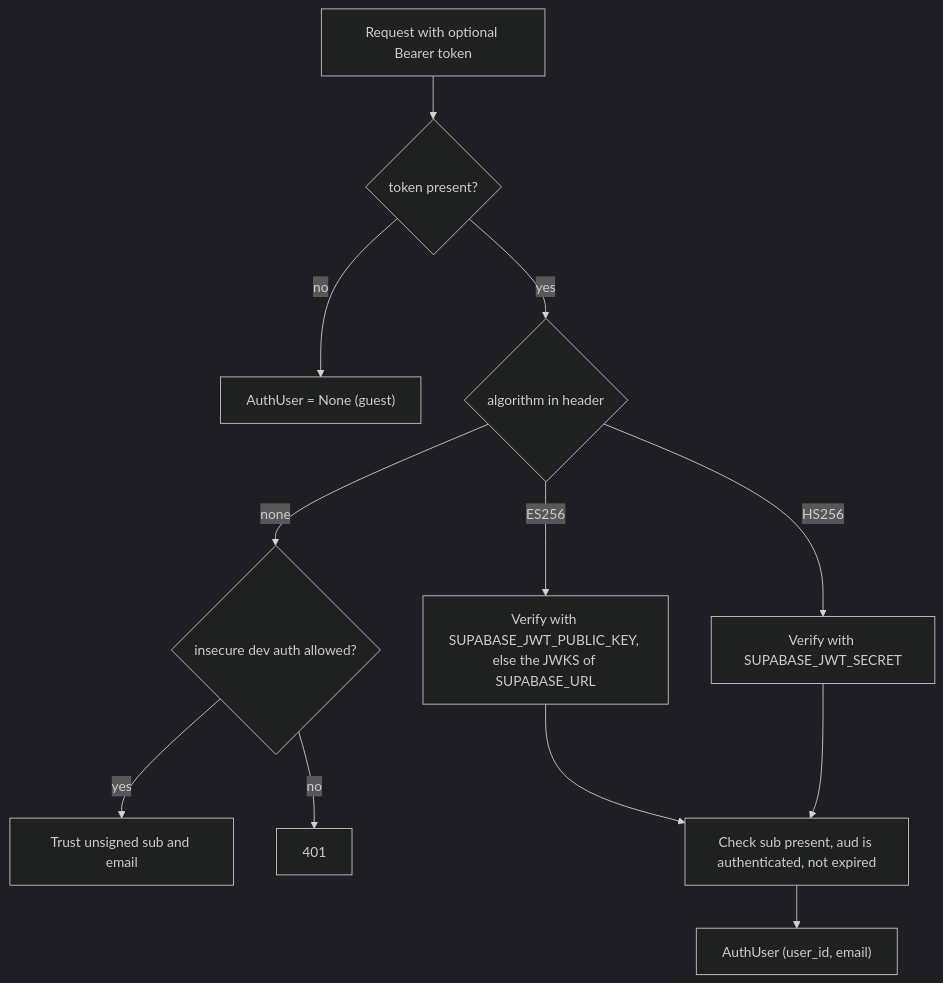
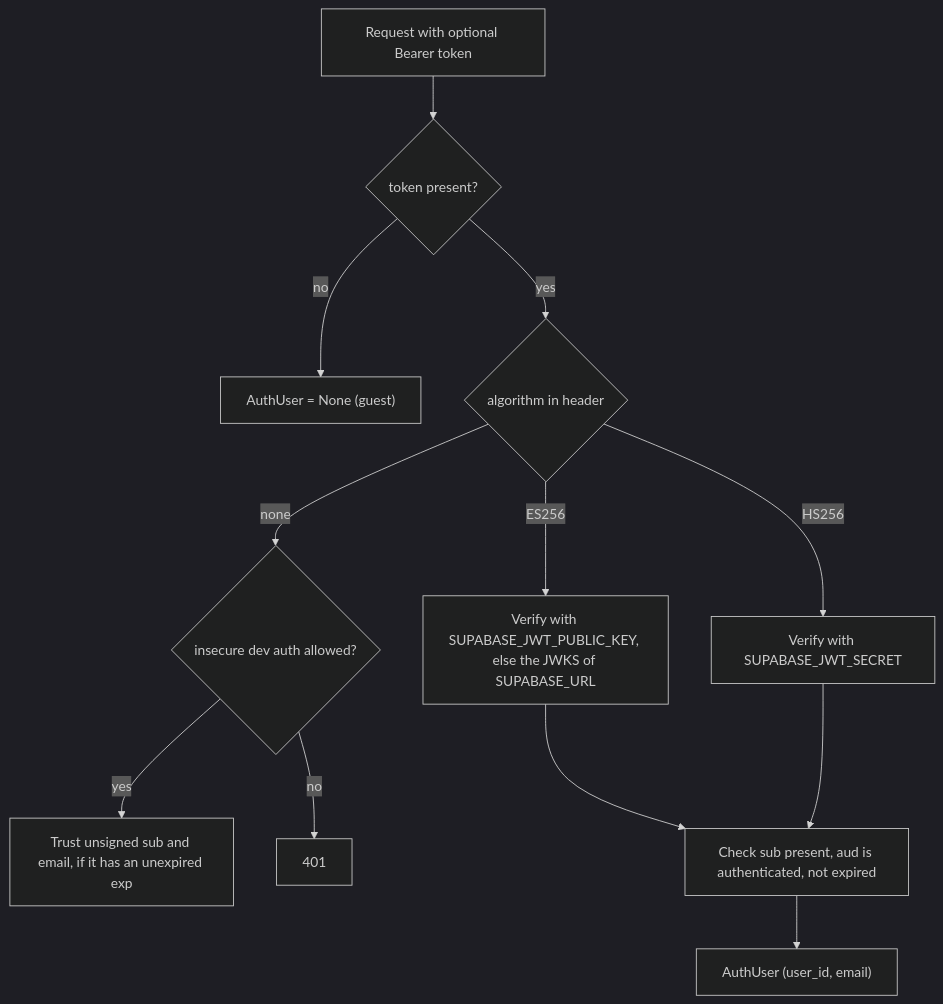
The first of 2 diagrams in docs/architecture/identity-and-auth.md (mjyousif/sloplomacy), drawn with Mermaid (dark theme) before and after one commit. The commit also changed other lines of this file and 53 other files, not shown here.

````diff
--- a/docs/architecture/identity-and-auth.md
+++ b/docs/architecture/identity-and-auth.md
@@ -29,14 +29,14 @@
 ```mermaid
 flowchart TD
     Req["Request with optional Bearer token"] --> Has{"token present?"}
     Has -->|no| Guest["AuthUser = None (guest)"]
     Has -->|yes| Alg{"algorithm in header"}
     Alg -->|ES256| Asym["Verify with SUPABASE_JWT_PUBLIC_KEY, else the JWKS of SUPABASE_URL"]
     Alg -->|HS256| Sym["Verify with SUPABASE_JWT_SECRET"]
     Alg -->|"none"| Dev{"insecure dev auth allowed?"}
-    Dev -->|yes| Unsigned["Trust unsigned sub and email"]
+    Dev -->|yes| Unsigned["Trust unsigned sub and email, if it has an unexpired exp"]
     Dev -->|no| Reject["401"]
     Asym --> Claims["Check sub present, aud is authenticated, not expired"]
     Sym --> Claims
     Claims --> User["AuthUser (user_id, email)"]
 ```
````
